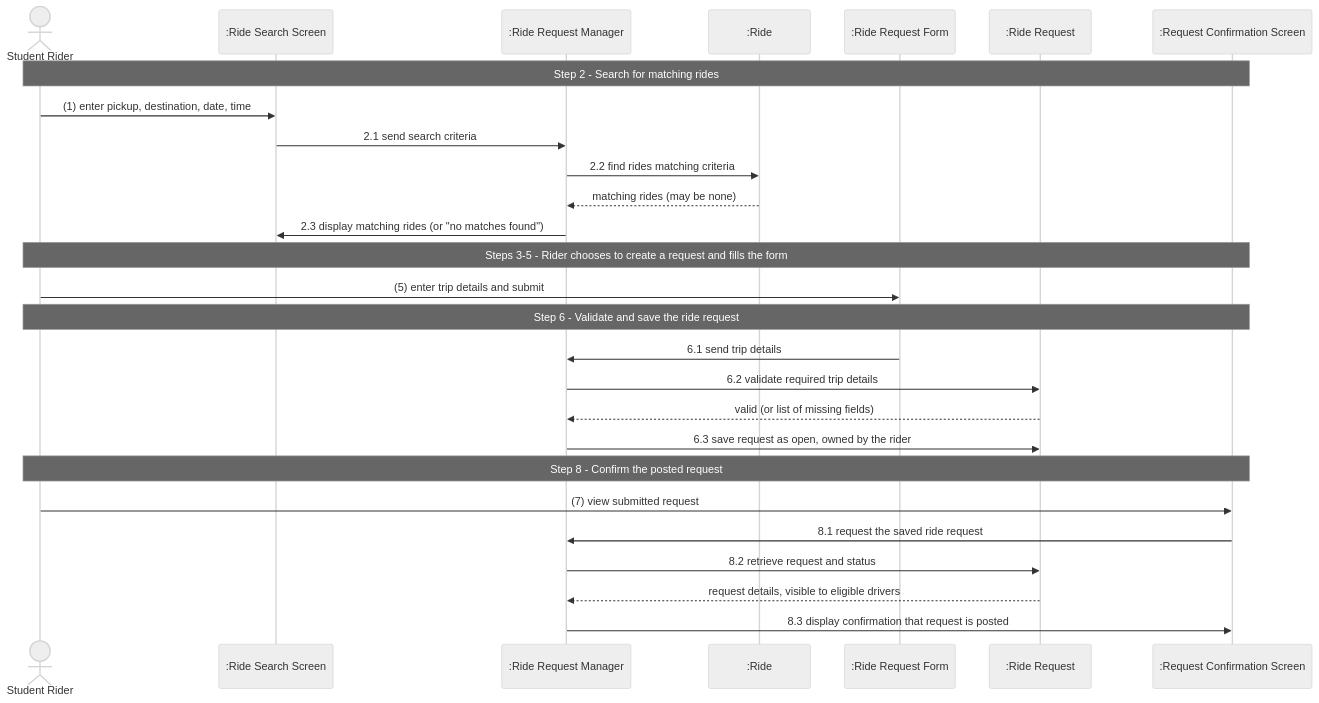
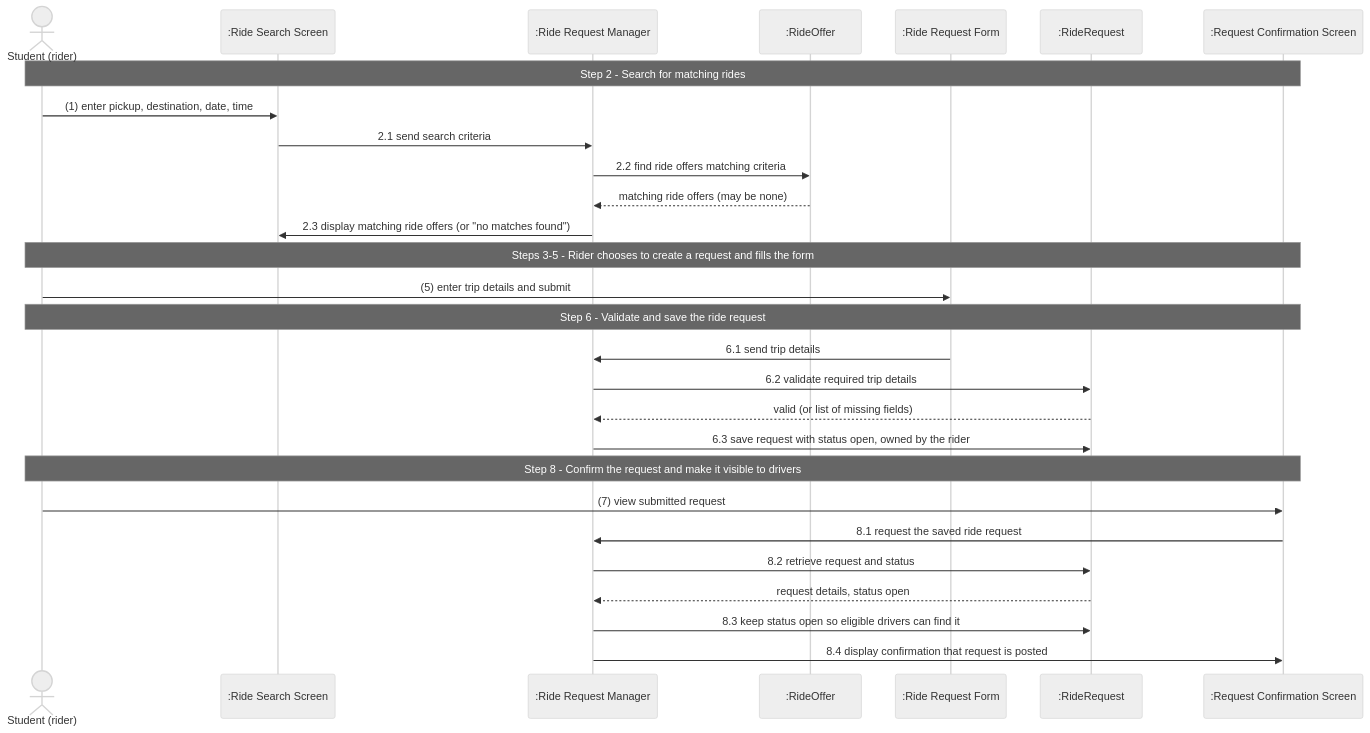
One commit to htreleaventx/CometCarpool changed the diagram in docs/P2/P2 Sections/diagrams/5.2.1_Sequence_Diagram.mmd. Above: the diagram before and after it, drawn with Mermaid (neutral theme). The commit also changed 4 other files, not shown here.

Commit message:
Updated 5.2 for domain model consistency: RideOffer, RecurringSchedule/ScheduleSlot, Potential Match as interaction object, request visibility

```diff
--- a/docs/P2/P2 Sections/diagrams/5.2.1_Sequence_Diagram.mmd
+++ b/docs/P2/P2 Sections/diagrams/5.2.1_Sequence_Diagram.mmd
@@ -1,31 +1,32 @@
 sequenceDiagram
-    actor R as Student Rider
+    actor R as Student (rider)
     participant SS as :Ride Search Screen
     participant RM as :Ride Request Manager
-    participant RD as :Ride
+    participant RO as :RideOffer
     participant RF as :Ride Request Form
-    participant RQ as :Ride Request
+    participant RQ as :RideRequest
     participant CS as :Request Confirmation Screen
 
     Note over R,CS: Step 2 - Search for matching rides
     R->>SS: (1) enter pickup, destination, date, time
     SS->>RM: 2.1 send search criteria
-    RM->>RD: 2.2 find rides matching criteria
-    RD-->>RM: matching rides (may be none)
-    RM->>SS: 2.3 display matching rides (or "no matches found")
+    RM->>RO: 2.2 find ride offers matching criteria
+    RO-->>RM: matching ride offers (may be none)
+    RM->>SS: 2.3 display matching ride offers (or "no matches found")
 
     Note over R,CS: Steps 3-5 - Rider chooses to create a request and fills the form
     R->>RF: (5) enter trip details and submit
 
     Note over R,CS: Step 6 - Validate and save the ride request
     RF->>RM: 6.1 send trip details
     RM->>RQ: 6.2 validate required trip details
     RQ-->>RM: valid (or list of missing fields)
-    RM->>RQ: 6.3 save request as open, owned by the rider
+    RM->>RQ: 6.3 save request with status open, owned by the rider
 
-    Note over R,CS: Step 8 - Confirm the posted request
+    Note over R,CS: Step 8 - Confirm the request and make it visible to drivers
     R->>CS: (7) view submitted request
     CS->>RM: 8.1 request the saved ride request
     RM->>RQ: 8.2 retrieve request and status
-    RQ-->>RM: request details, visible to eligible drivers
-    RM->>CS: 8.3 display confirmation that request is posted
+    RQ-->>RM: request details, status open
+    RM->>RQ: 8.3 keep status open so eligible drivers can find it
+    RM->>CS: 8.4 display confirmation that request is posted
```
